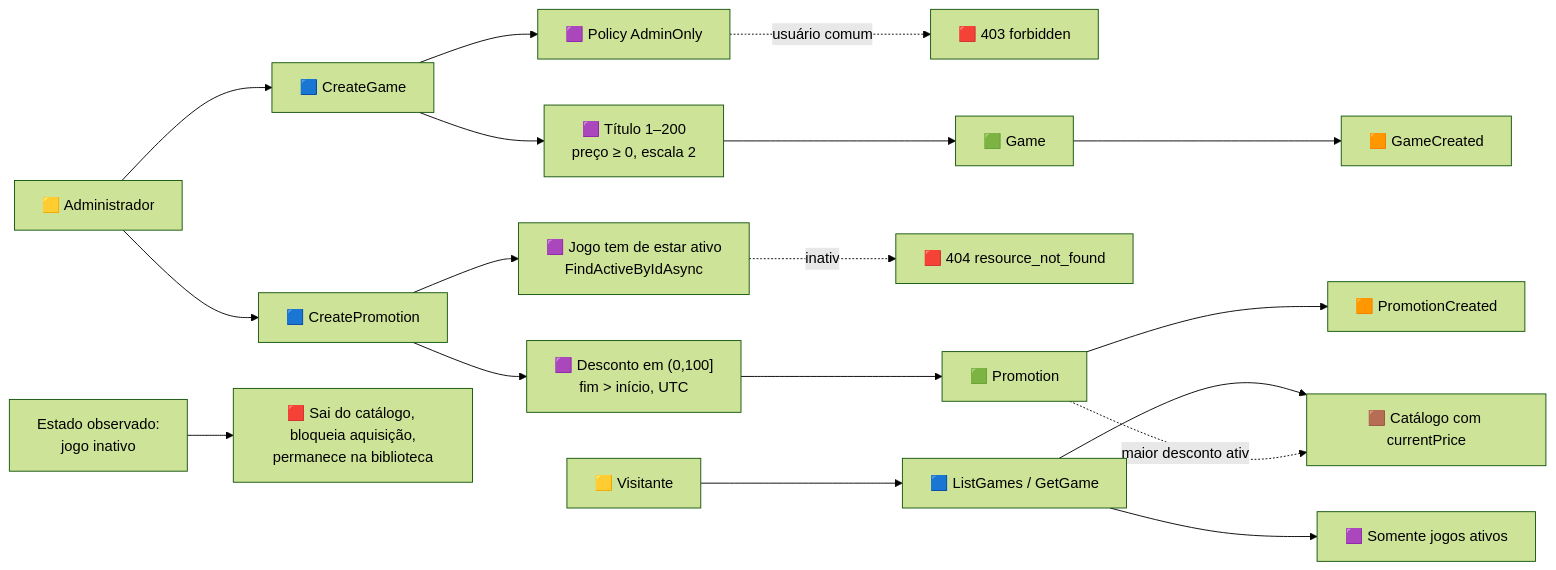
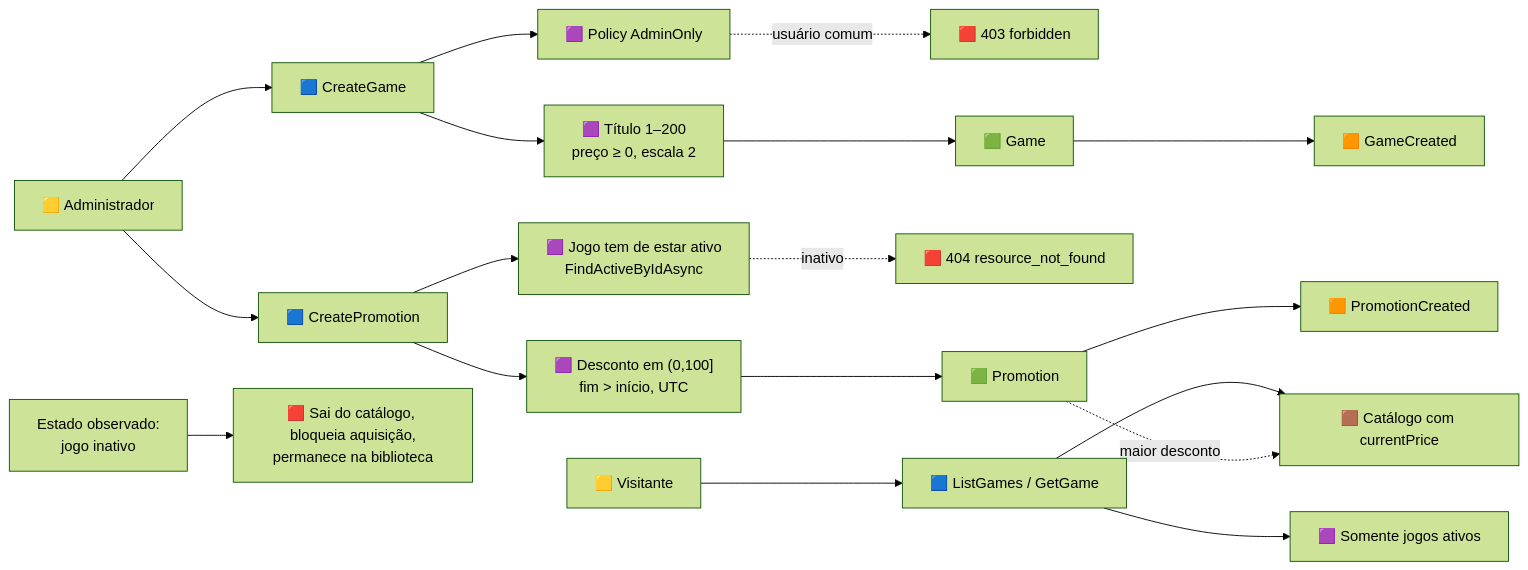
One commit to Gabriel-Silva-7/FCG changed the diagram in docs/ddd/03-event-storming-jogo.md. Above: the diagram before and after it, drawn with Mermaid (forest theme). The commit also changed other lines of this file and 9 other files, not shown here.

Commit message:
docs(ddd): align diagrams and version visual exports

````diff
--- a/docs/ddd/03-event-storming-jogo.md
+++ b/docs/ddd/03-event-storming-jogo.md
@@ -7,23 +7,23 @@
 ```mermaid
 flowchart LR
     A["🟨 Administrador"] --> C1["🟦 CreateGame"]
     C1 --> P1["🟪 Policy AdminOnly"]
     P1 -.usuário comum.-> H1["🟥 403 forbidden"]
     C1 --> P2["🟪 Título 1–200<br/>preço ≥ 0, escala 2"]
     P2 --> AG["🟩 Game"]
     AG --> E1["🟧 GameCreated"]
 
     A --> C2["🟦 CreatePromotion"]
     C2 --> P3["🟪 Desconto em (0,100]<br/>fim > início, UTC"]
     C2 --> P4["🟪 Jogo tem de estar ativo<br/>FindActiveByIdAsync"]
-    P4 -.inativo.-> H2["🟥 404 resource_not_found"]
+    P4 -.->|inativo| H2["🟥 404 resource_not_found"]
     P3 --> AG2["🟩 Promotion"]
     AG2 --> E2["🟧 PromotionCreated"]
 
     V["🟨 Visitante"] --> C3["🟦 ListGames / GetGame"]
     C3 --> P5["🟪 Somente jogos ativos"]
     C3 --> R["🟫 Catálogo com currentPrice"]
-    AG2 -.maior desconto ativo.-> R
+    AG2 -.->|maior desconto| R
 
     S["Estado observado:<br/>jogo inativo"] --> H3["🟥 Sai do catálogo, bloqueia aquisição,<br/>permanece na biblioteca"]
 ```
````
